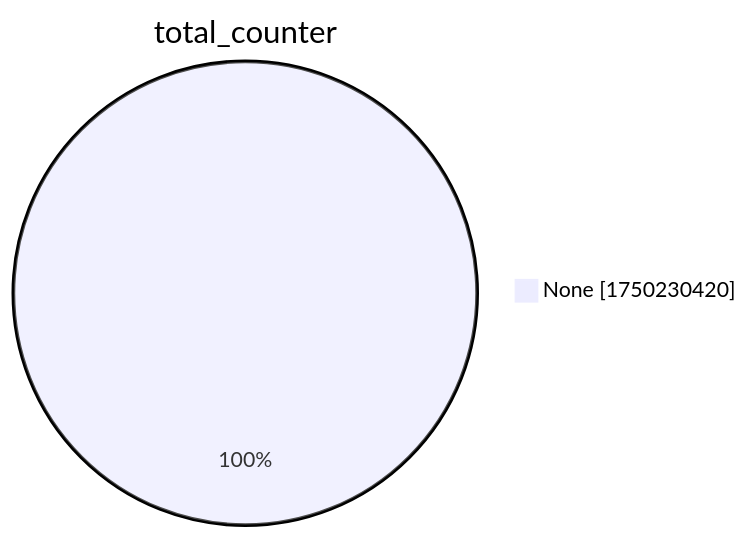
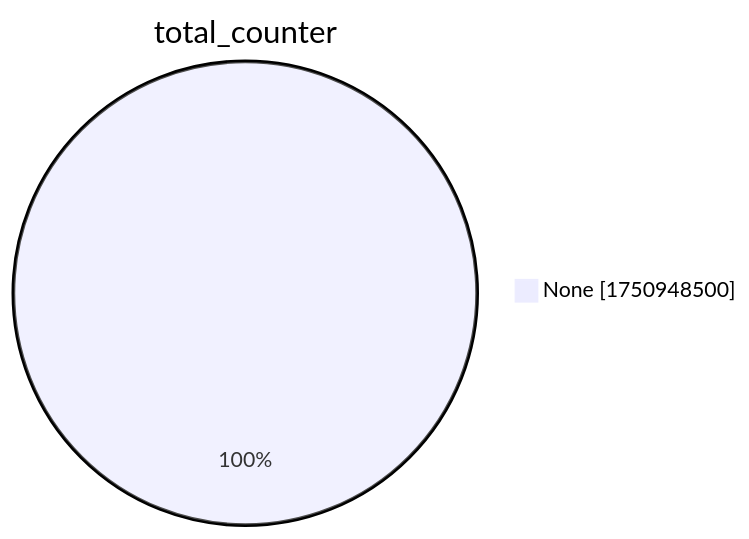
Before and after one commit to christiankrug/ctmonitor_visualization: the second of 15 diagrams in xenon2022/README.md, drawn with Mermaid. The commit also changed other lines of this file, not shown here.

````diff
--- a/xenon2022/README.md
+++ b/xenon2022/README.md
@@ -9,5 +9,5 @@
 ```mermaid
 pie showData
 title total_counter
-"None" :1750230420
+"None" :1750948500
 ```
````
